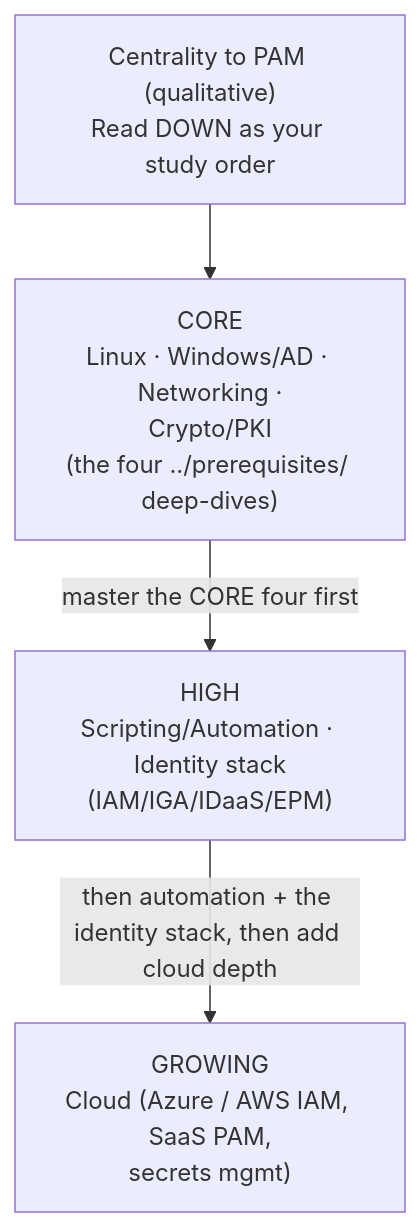
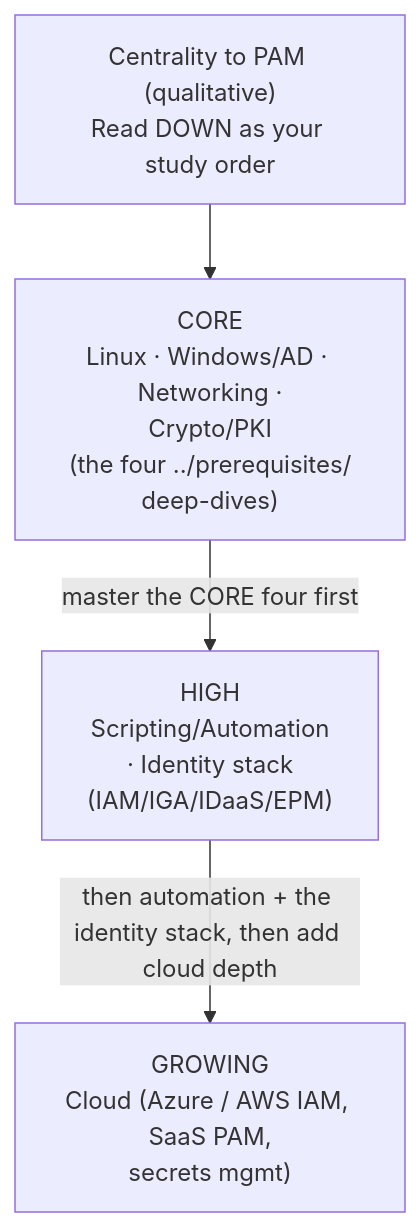
The first of 2 diagrams in certs/wallix/career/skills-and-adjacent-certifications.md (morandeirachema/WallixCerts), drawn with Mermaid before and after one commit. The commit also changed other lines of this file and 35 other files, not shown here.

First line of the commit message:
Tidy Mermaid boxes: balanced wrapping at a narrower width (36)

````diff
--- a/certs/wallix/career/skills-and-adjacent-certifications.md
+++ b/certs/wallix/career/skills-and-adjacent-certifications.md
@@ -60,11 +60,11 @@
 ```mermaid
 flowchart TD
     title["Centrality to PAM (qualitative)<br/>Read DOWN as your study order"]
-    core["CORE<br/>Linux · Windows/AD · Networking ·<br/>Crypto/PKI<br/>(the four ../prerequisites/ deep-dives)"]
-    high["HIGH<br/>Scripting/Automation · Identity stack<br/>(IAM/IGA/IDaaS/EPM)"]
+    core["CORE<br/>Linux · Windows/AD · Networking ·<br/>Crypto/PKI<br/>(the four ../prerequisites/<br/>deep-dives)"]
+    high["HIGH<br/>Scripting/Automation<br/>· Identity stack<br/>(IAM/IGA/IDaaS/EPM)"]
     growing["GROWING<br/>Cloud (Azure / AWS IAM, SaaS PAM,<br/>secrets mgmt)"]
 
     title --> core
     core -->|"master the CORE four first"| high
     high -->|"then automation + the identity stack, then add cloud depth"| growing
 ```
````
